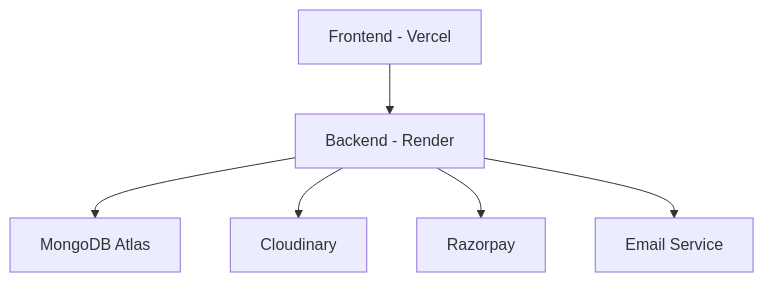
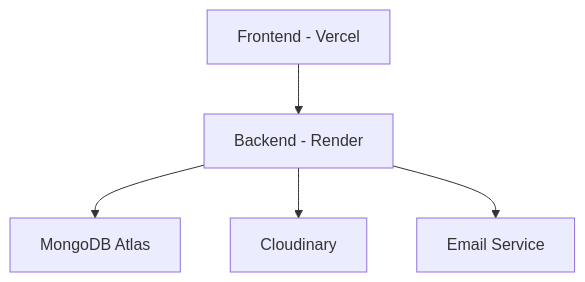
One commit to Naveen-9404/Scintillace changed the third of 3 diagrams in docs/ARCHITECTURE.md. Above: the diagram before and after it, drawn with Mermaid. The commit also changed other lines of this file and 104 other files, not shown here.

````diff
--- a/docs/ARCHITECTURE.md
+++ b/docs/ARCHITECTURE.md
@@ -115,8 +114,7 @@
 ```mermaid
 flowchart TB
     A[Frontend - Vercel] --> B[Backend - Render]
     B --> C[MongoDB Atlas]
     B --> D[Cloudinary]
-    B --> E[Razorpay]
-    B --> F[Email Service]
+    B --> E[Email Service]
 ```
````
